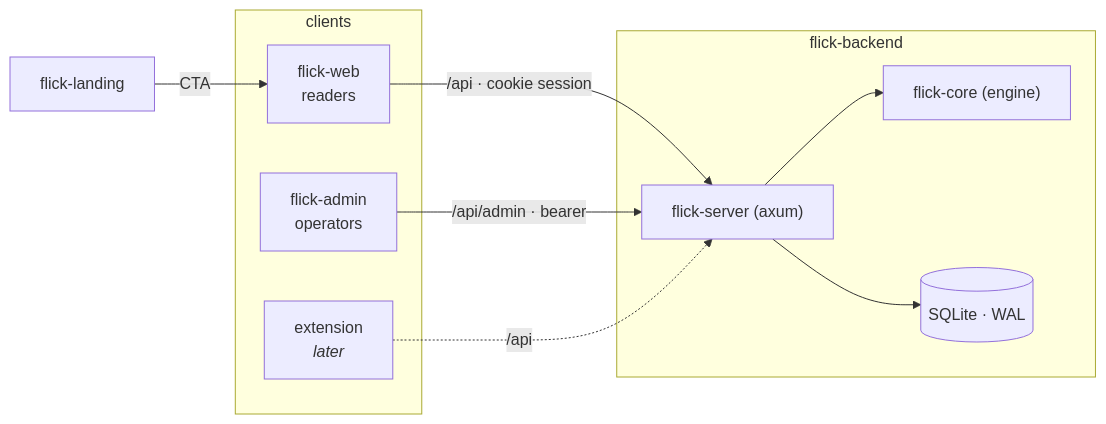
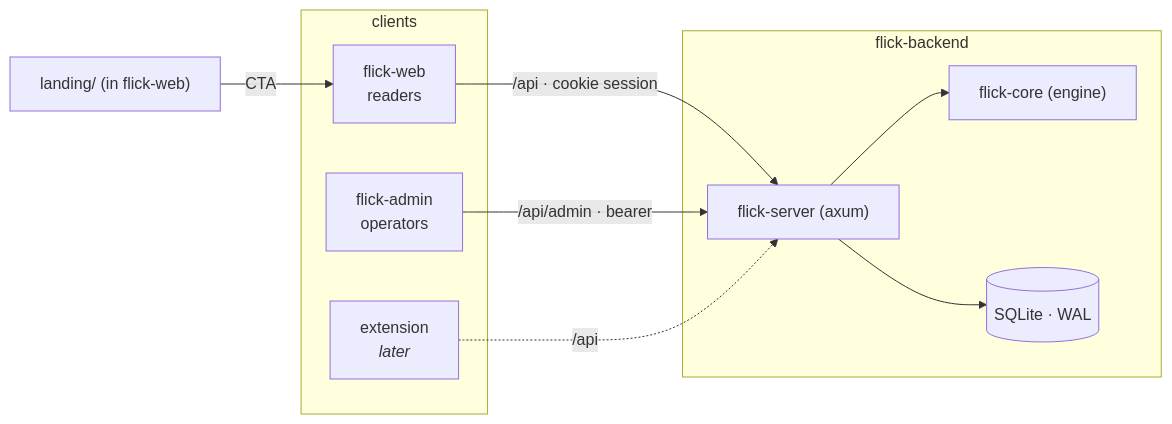
The first of 4 diagrams in docs/architecture.md (one-more-refactor/flick), drawn with Mermaid before and after one commit. The commit also changed other lines of this file and 4 other files, not shown here.

First line of the commit message:
docs: flick-landing and corepanel merged into their consumers

````diff
--- a/docs/architecture.md
+++ b/docs/architecture.md
@@ -25,16 +24,16 @@
 ```mermaid
 flowchart LR
     subgraph clients
         web["flick-web<br/>readers"]
         admin["flick-admin<br/>operators"]
         ext["extension<br/><i>later</i>"]
     end
-    landing["flick-landing"] -- "CTA" --> web
+    landing["landing/ (in flick-web)"] -- "CTA" --> web
     web -- "/api · cookie session" --> server
     admin -- "/api/admin · bearer" --> server
     ext -. "/api" .-> server
     subgraph flick-backend
         server["flick-server (axum)"] --> core["flick-core (engine)"]
         server --> db[("SQLite · WAL")]
     end
 ```
````
